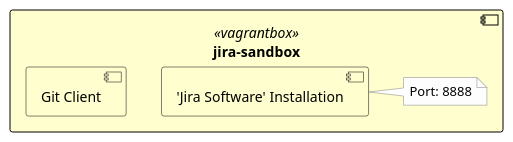
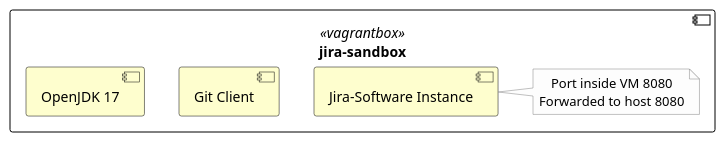
One commit to sebastian-sommerfeld-io/playgrounds changed the diagram in docs/modules/ROOT/pages/jira-sandbox.adoc. Above: the diagram before and after it, drawn with PlantUML. The commit also changed other lines of this file and 5 other files, not shown here.

Commit message:
feat: setup and start jira instance during provisioning

```diff
--- a/docs/modules/ROOT/pages/jira-sandbox.adoc
+++ b/docs/modules/ROOT/pages/jira-sandbox.adoc
@@ -53,27 +52,28 @@
 [plantuml, rendered-plantuml-image, svg]
 ----
 @startuml
 
 skinparam linetype ortho
 skinparam monochrome false
 skinparam componentStyle uml2
 skinparam backgroundColor transparent
 skinparam ArrowColor black
 skinparam CollectionsBorderColor black
 skinparam ComponentBorderColor black
 skinparam ComponentBackgroundColor #FEFECE
 skinparam NoteBorderColor Grey
 skinparam NoteBackgroundColor #fdfdfd
 skinparam defaultTextAlignment center
 skinparam activity {
   FontName Ubuntu
 }
 
-component vm as "jira-sandbox" <<vagrantbox>> {
+component vm as "jira-sandbox" <<vagrantbox>> #fff {
     component g as "Git Client"
-    component j as "'Jira Software' Installation"
-    note right of j: Port: 8888
+    component j as "OpenJDK 17"
+    component js as "Jira-Software Instance"
+    note right of js: Port inside VM 8080\nForwarded to host 8080
 }
 
 @enduml
 ----
```
